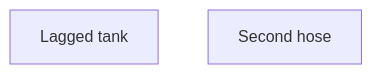
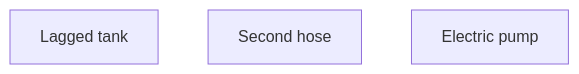
One commit to phobos-dthorga/phobos-rimworld changed the diagram in docs/development/vehicle-nutrient-paste.md. Above: the diagram before and after it, drawn with Mermaid. The commit also changed 52 other files, not shown here.

First line of the commit message:
Tank trailers' electric pump, and emptying the shower trailer's waste tank (Framework 0.283.0, Vehicles 0.118.0)

````diff
--- a/docs/development/vehicle-nutrient-paste.md
+++ b/docs/development/vehicle-nutrient-paste.md
@@ -92,5 +92,6 @@
 ```mermaid
 flowchart TB
   PhobosBowserLagging["Lagged tank"]
   PhobosBowserSecondHose["Second hose"]
+  PhobosTrailerElectricPump["Electric pump"]
 ```
````
